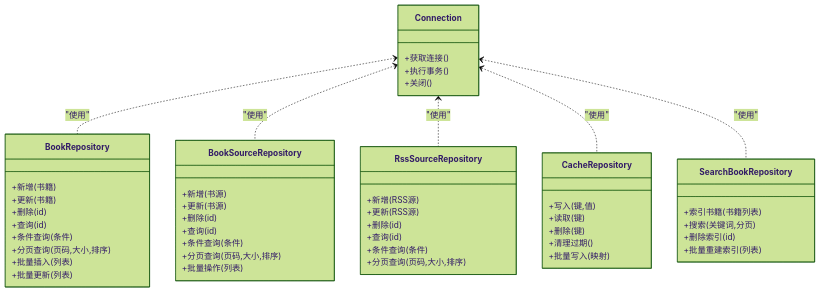
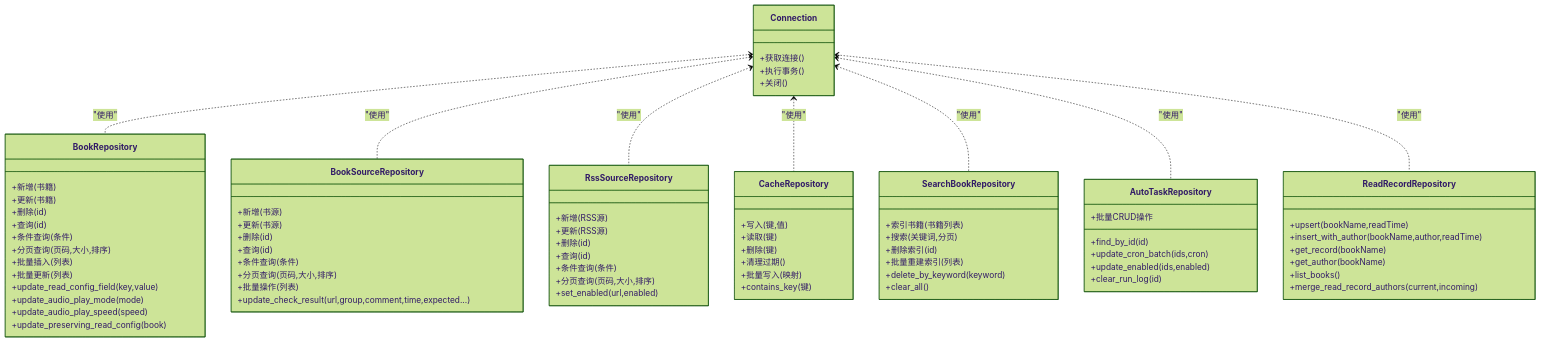
One commit to ZhangGHGitHub/LegadoTeamFlutter changed the second of 7 diagrams in .qoder/repowiki/zh/content/Rust核心库/数据库层/Repository模式实现.md. Above: the diagram before and after it, drawn with Mermaid (forest theme). The commit also changed other lines of this file and 173 other files, not shown here.

````diff
--- a/.qoder/repowiki/zh/content/Rust核心库/数据库层/Repository模式实现.md
+++ b/.qoder/repowiki/zh/content/Rust核心库/数据库层/Repository模式实现.md
@@ -129,53 +159,79 @@
 ```mermaid
 classDiagram
 class Connection {
 +获取连接()
 +执行事务()
 +关闭()
 }
 class BookRepository {
 +新增(书籍)
 +更新(书籍)
 +删除(id)
 +查询(id)
 +条件查询(条件)
 +分页查询(页码,大小,排序)
 +批量插入(列表)
 +批量更新(列表)
++update_read_config_field(key,value)
++update_audio_play_mode(mode)
++update_audio_play_speed(speed)
++update_preserving_read_config(book)
 }
 class BookSourceRepository {
 +新增(书源)
 +更新(书源)
 +删除(id)
 +查询(id)
 +条件查询(条件)
 +分页查询(页码,大小,排序)
 +批量操作(列表)
++update_check_result(url,group,comment,time,expected...)
 }
 class RssSourceRepository {
 +新增(RSS源)
 +更新(RSS源)
 +删除(id)
 +查询(id)
 +条件查询(条件)
 +分页查询(页码,大小,排序)
++set_enabled(url,enabled)
 }
 class CacheRepository {
 +写入(键,值)
 +读取(键)
 +删除(键)
 +清理过期()
 +批量写入(映射)
++contains_key(键)
 }
 class SearchBookRepository {
 +索引书籍(书籍列表)
 +搜索(关键词,分页)
 +删除索引(id)
 +批量重建索引(列表)
++delete_by_keyword(keyword)
++clear_all()
+}
+class AutoTaskRepository {
++find_by_id(id)
++update_cron_batch(ids,cron)
++update_enabled(ids,enabled)
++clear_run_log(id)
++批量CRUD操作
+}
+class ReadRecordRepository {
++upsert(bookName,readTime)
++insert_with_author(bookName,author,readTime)
++get_record(bookName)
++get_author(bookName)
++list_books()
++merge_read_record_authors(current,incoming)
 }
 Connection <.. BookRepository : "使用"
 Connection <.. BookSourceRepository : "使用"
 Connection <.. RssSourceRepository : "使用"
 Connection <.. CacheRepository : "使用"
 Connection <.. SearchBookRepository : "使用"
+Connection <.. AutoTaskRepository : "使用"
+Connection <.. ReadRecordRepository : "使用"
 ```
````
